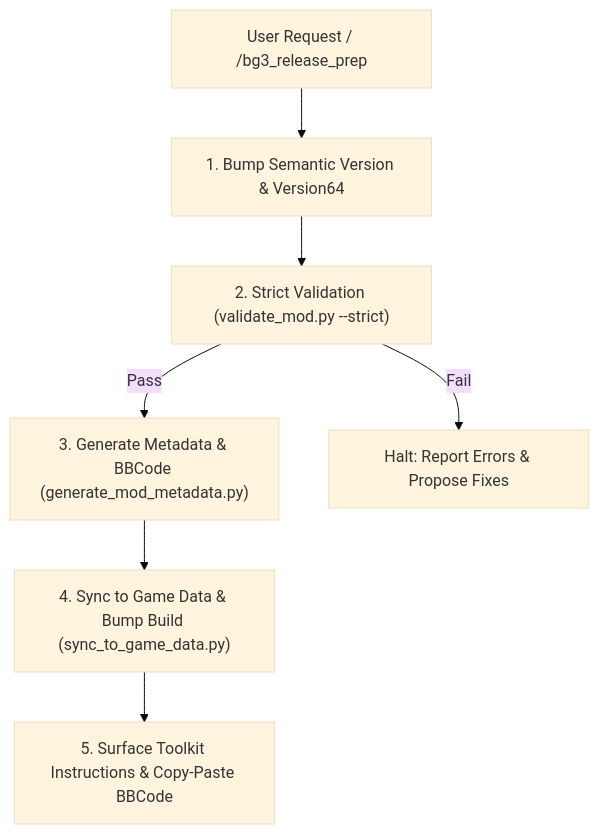
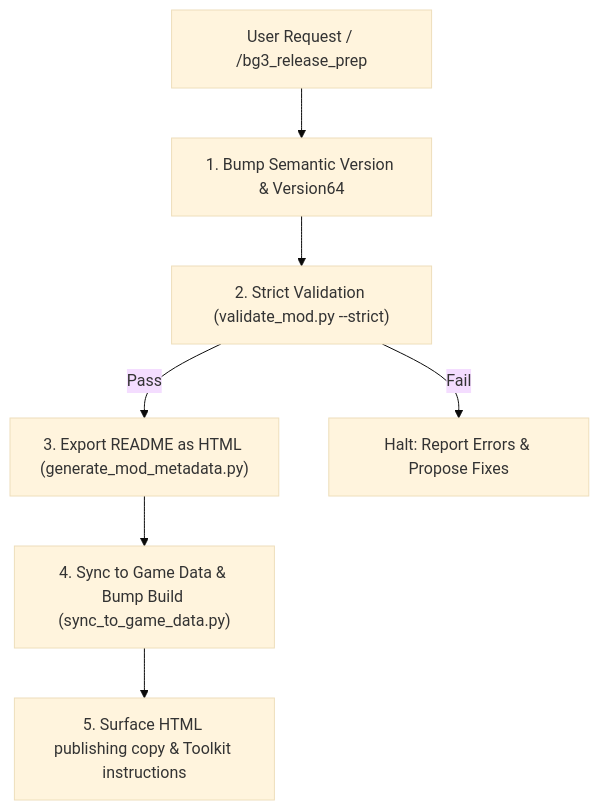
One commit to jpelton-stroud/bg3-mod-studio changed the diagram in .agents/skills/bg3_release_prep/SKILL.md. Above: the diagram before and after it, drawn with Mermaid (base theme). The commit also changed other lines of this file and 10 other files, not shown here.

````diff
--- a/.agents/skills/bg3_release_prep/SKILL.md
+++ b/.agents/skills/bg3_release_prep/SKILL.md
@@ -25,9 +25,9 @@
 ```mermaid
 flowchart TD
     Trigger["User Request / /bg3_release_prep"] --> Step1["1. Bump Semantic Version & Version64"]
     Step1 --> Step2["2. Strict Validation (validate_mod.py --strict)"]
-    Step2 -->|Pass| Step3["3. Generate Metadata & BBCode (generate_mod_metadata.py)"]
+    Step2 -->|Pass| Step3["3. Export README as HTML (generate_mod_metadata.py)"]
     Step2 -->|Fail| Halt["Halt: Report Errors & Propose Fixes"]
     Step3 --> Step4["4. Sync to Game Data & Bump Build (sync_to_game_data.py)"]
-    Step4 --> Step5["5. Surface Toolkit Instructions & Copy-Paste BBCode"]
+    Step4 --> Step5["5. Surface HTML publishing copy & Toolkit instructions"]
 ```
````
